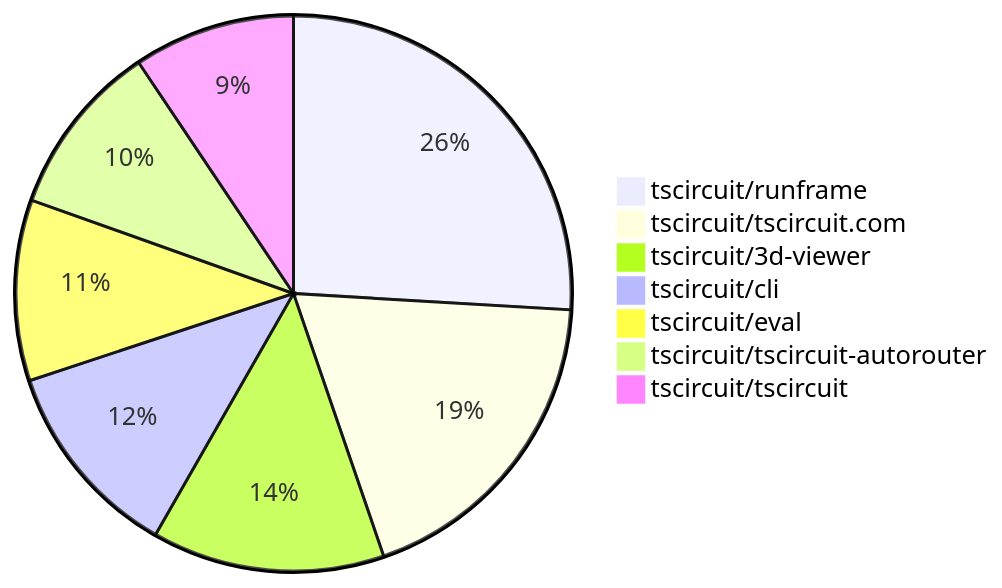
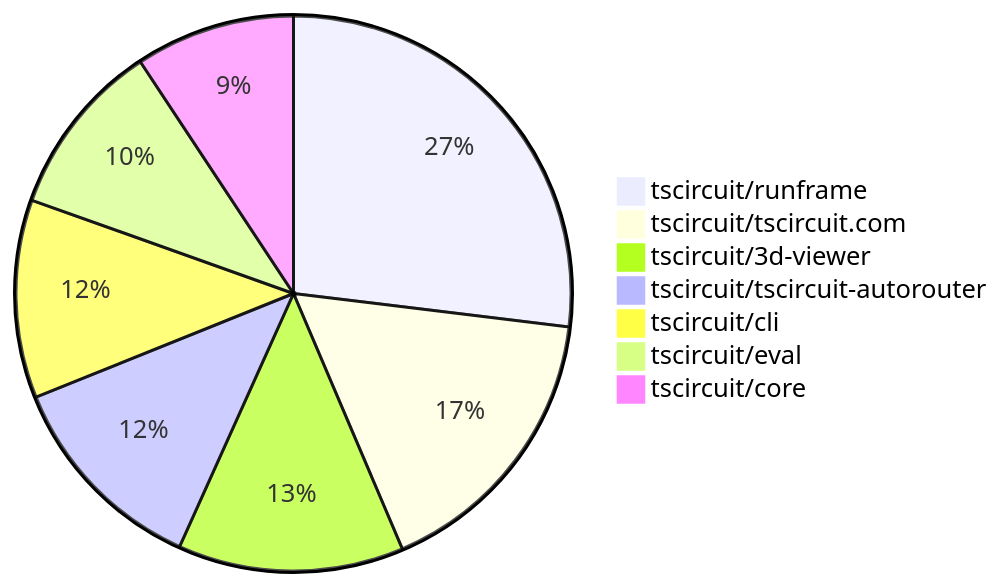
One commit to tscircuit/contribution-tracker changed the second of 2 diagrams in README.md. Above: the diagram before and after it, drawn with Mermaid. The commit also changed other lines of this file and 3 other files, not shown here.

````diff
--- a/README.md
+++ b/README.md
@@ -139,10 +144,10 @@
 ```mermaid
 pie
-    "tscircuit/runframe" : 69
-    "tscircuit/tscircuit.com" : 50
-    "tscircuit/3d-viewer" : 36
-    "tscircuit/cli" : 31
-    "tscircuit/eval" : 28
-    "tscircuit/tscircuit-autorouter" : 27
-    "tscircuit/tscircuit" : 25
+    "tscircuit/runframe" : 84
+    "tscircuit/tscircuit.com" : 52
+    "tscircuit/3d-viewer" : 41
+    "tscircuit/tscircuit-autorouter" : 38
+    "tscircuit/cli" : 36
+    "tscircuit/eval" : 32
+    "tscircuit/core" : 29
 ```
````
